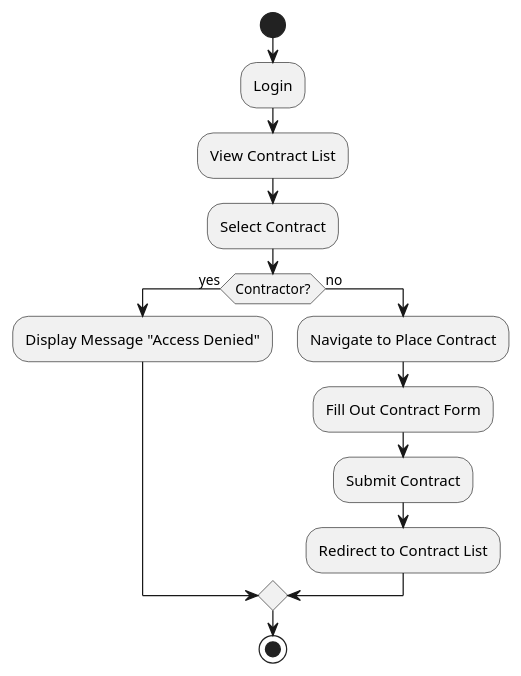
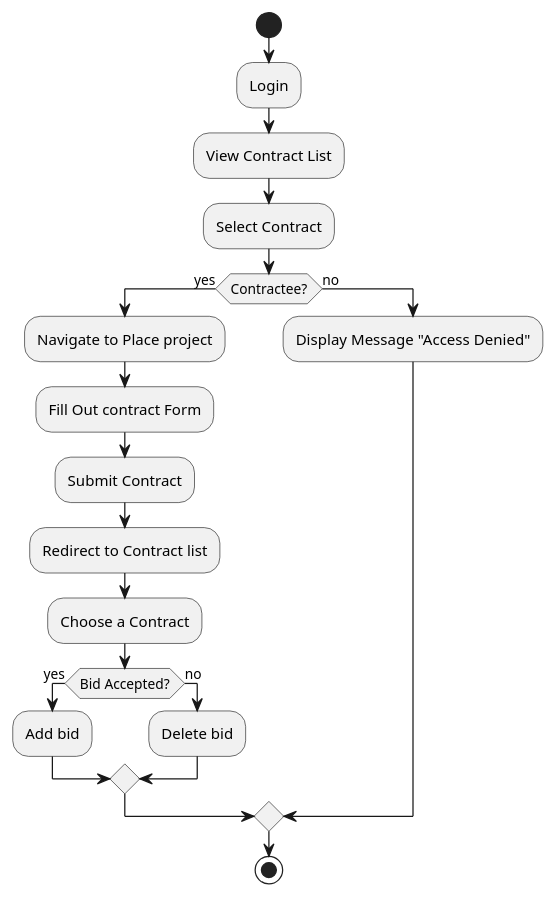
Before and after one commit to mrhaffner/job_bidding_board: the diagram in diagrams/Activity_diagram_Contractee.puml, drawn with PlantUML.

```diff
--- a/diagrams/Activity_diagram_Contractee.puml
+++ b/diagrams/Activity_diagram_Contractee.puml
@@ -1,16 +1,22 @@
 @startuml
 |User|
 start
 :Login;
 :View Contract List;
 :Select Contract;
-if (Contractor?) then (yes)
-  :Display Message "Access Denied";
+if (Contractee?) then (yes)
+:Navigate to Place project;
+:Fill Out contract Form;
+:Submit Contract;
+:Redirect to Contract list;
+:Choose a Contract;
+if (Bid Accepted?) then (yes)
+:Add bid;
 else (no)
-  :Navigate to Place Contract;
-  :Fill Out Contract Form;
-  :Submit Contract;
-  :Redirect to Contract List;
+:Delete bid;
+endif
+else(no)
+:Display Message "Access Denied";
 endif
 stop
 @enduml
```
